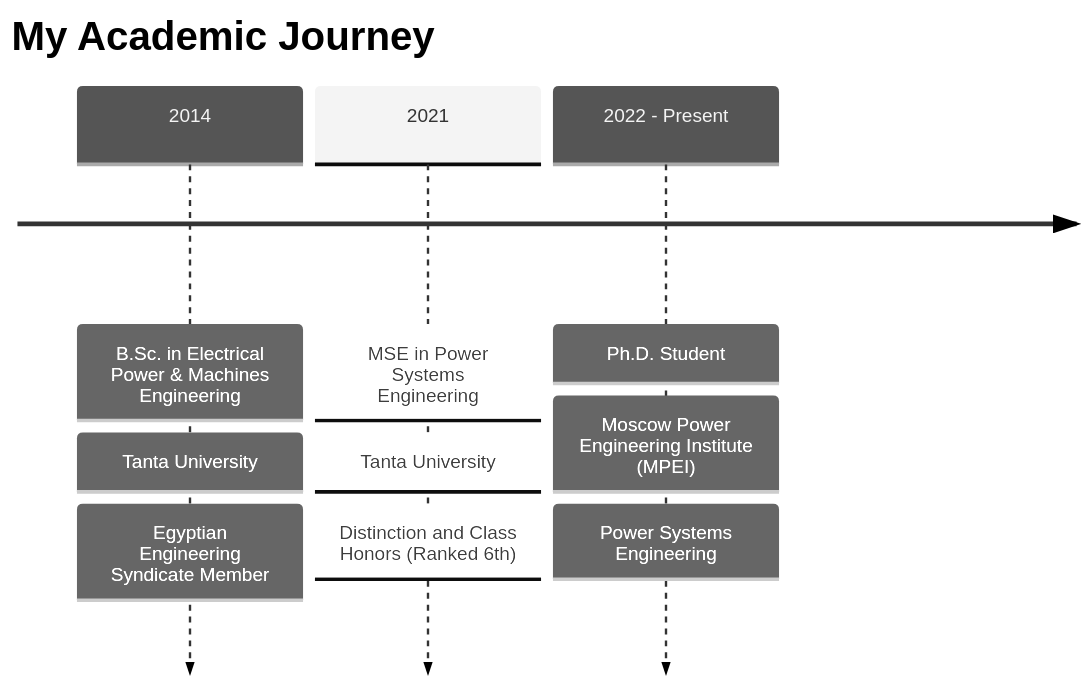
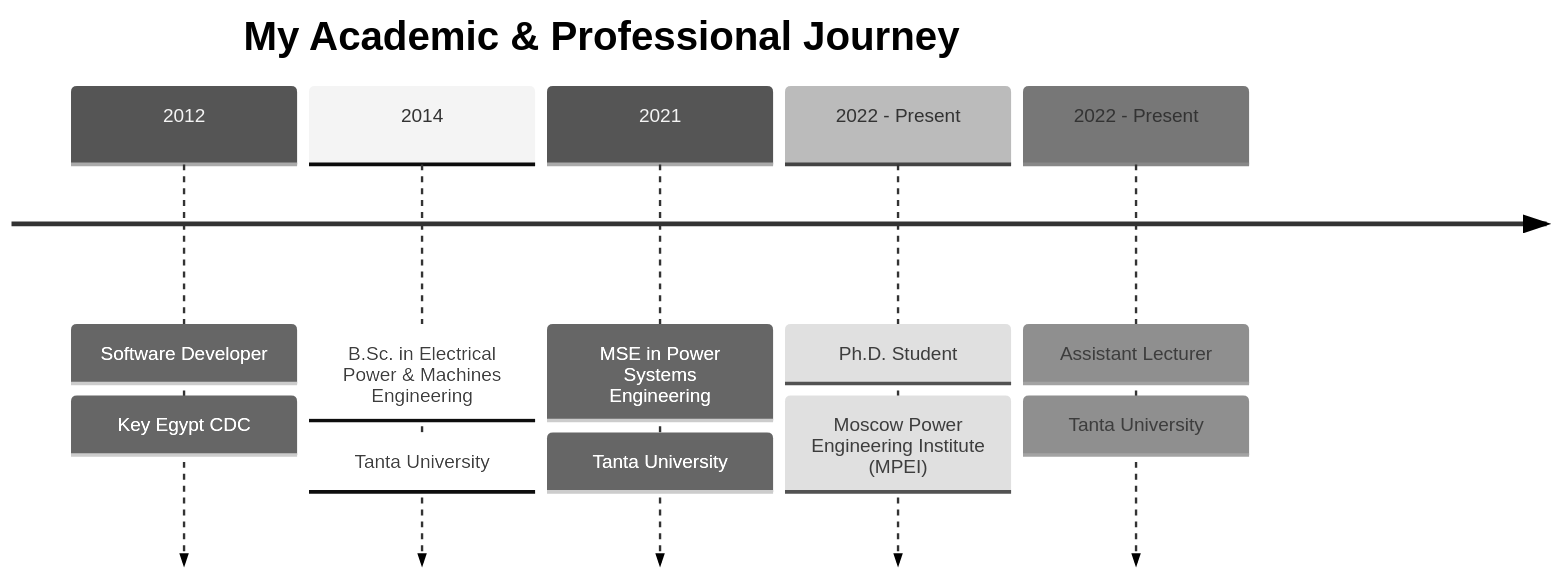
The diagram in README.md (ahmelkholy/ahmelkholy), drawn with Mermaid (neutral theme) before and after one commit. The commit also changed other lines of this file and 1 other file, not shown here.

````diff
--- a/README.md
+++ b/README.md
@@ -51,7 +36,9 @@
 ```mermaid
 timeline
-    title My Academic Journey
-    2014 : B.Sc. in Electrical Power & Machines Engineering : Tanta University : Egyptian Engineering Syndicate Member
-    2021 : MSE in Power Systems Engineering : Tanta University : Distinction and Class Honors (Ranked 6th)
-    2022 - Present : Ph.D. Student : Moscow Power Engineering Institute (MPEI) : Power Systems Engineering
+    title My Academic & Professional Journey
+    2012 : Software Developer : Key Egypt CDC
+    2014 : B.Sc. in Electrical Power & Machines Engineering : Tanta University
+    2021 : MSE in Power Systems Engineering : Tanta University
+    2022 - Present : Ph.D. Student : Moscow Power Engineering Institute (MPEI)
+    2022 - Present : Assistant Lecturer : Tanta University
 ```
````
